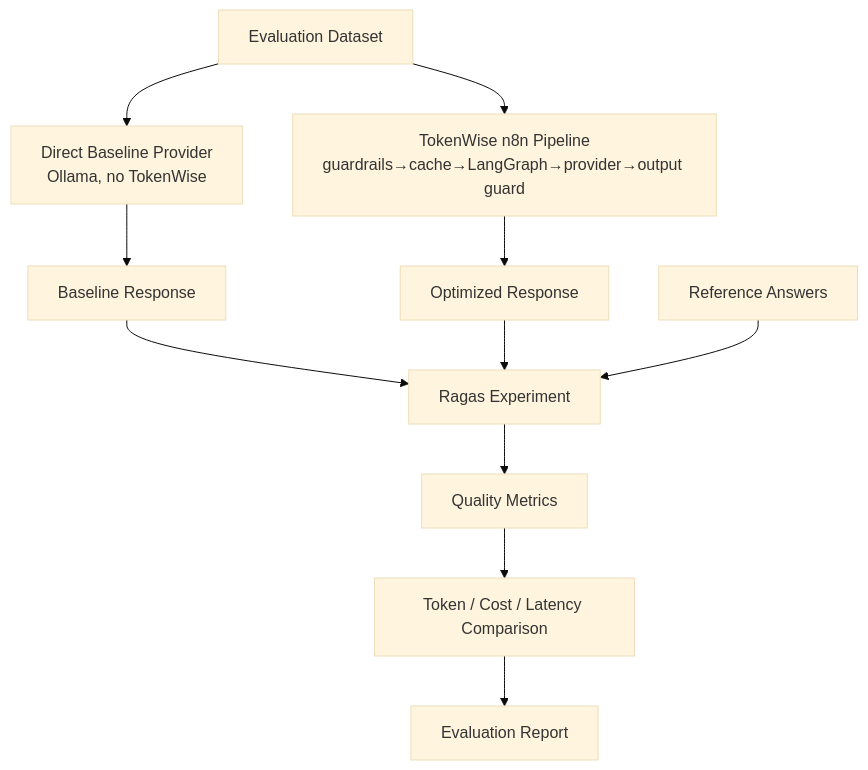
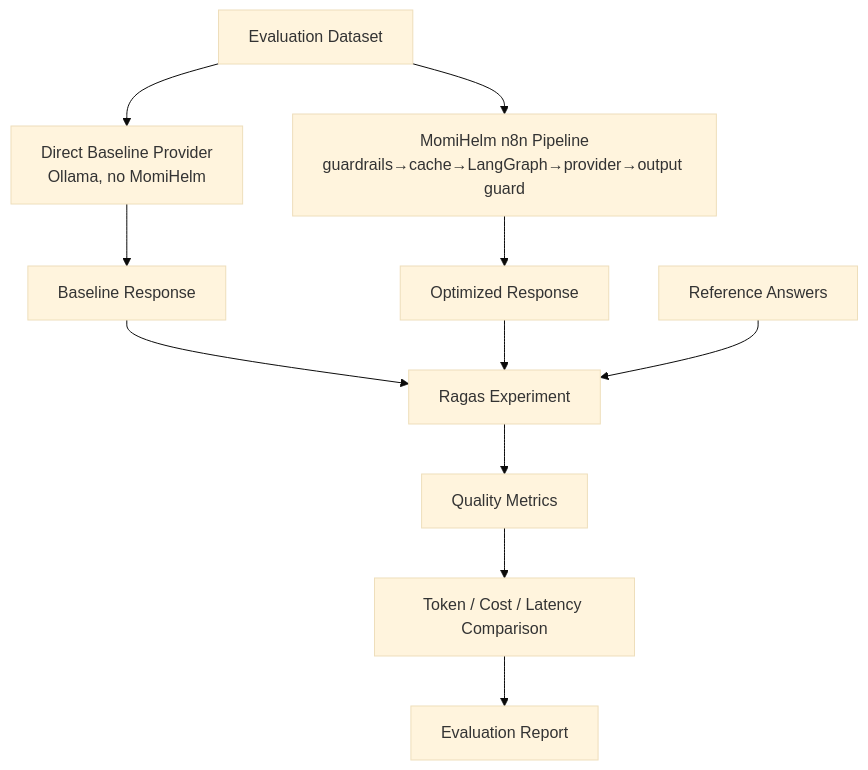
One commit to tomeryoel/tokenwise changed the diagram in evaluation/README.md. Above: the diagram before and after it, drawn with Mermaid (base theme). The commit also changed other lines of this file and 43 other files, not shown here.

Commit message:
refactor(brand): rename product surfaces to MomiHelm

````diff
--- a/evaluation/README.md
+++ b/evaluation/README.md
@@ -35,13 +35,13 @@
 ```mermaid
 flowchart TD
-  DS[Evaluation Dataset] --> B[Direct Baseline Provider\nOllama, no TokenWise]
-  DS --> T[TokenWise n8n Pipeline\nguardrails→cache→LangGraph→provider→output guard]
+  DS[Evaluation Dataset] --> B[Direct Baseline Provider\nOllama, no MomiHelm]
+  DS --> T[MomiHelm n8n Pipeline\nguardrails→cache→LangGraph→provider→output guard]
   B --> BR[Baseline Response]
   T --> OR[Optimized Response]
   BR --> RAG[Ragas Experiment]
   OR --> RAG
   REF[Reference Answers] --> RAG
   RAG --> QM[Quality Metrics]
   QM --> CMP[Token / Cost / Latency Comparison]
   CMP --> REP[Evaluation Report]
 ```
````
